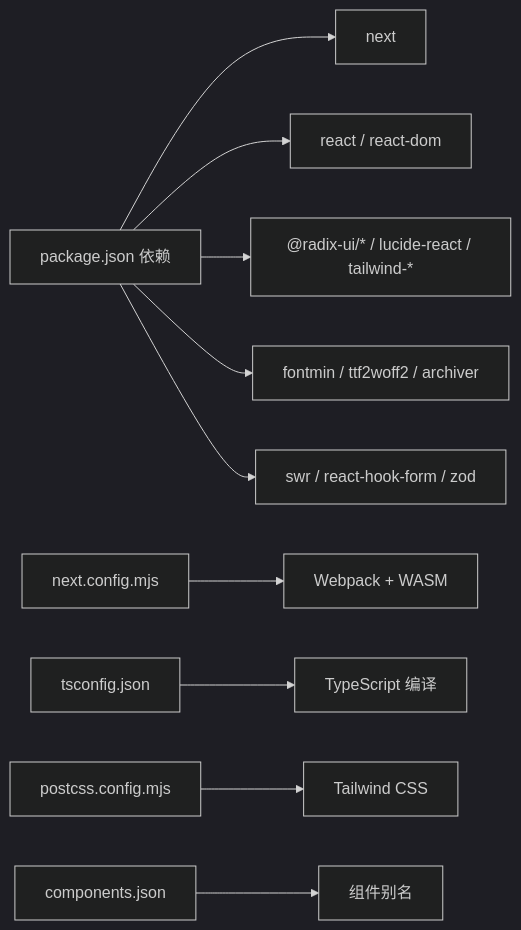
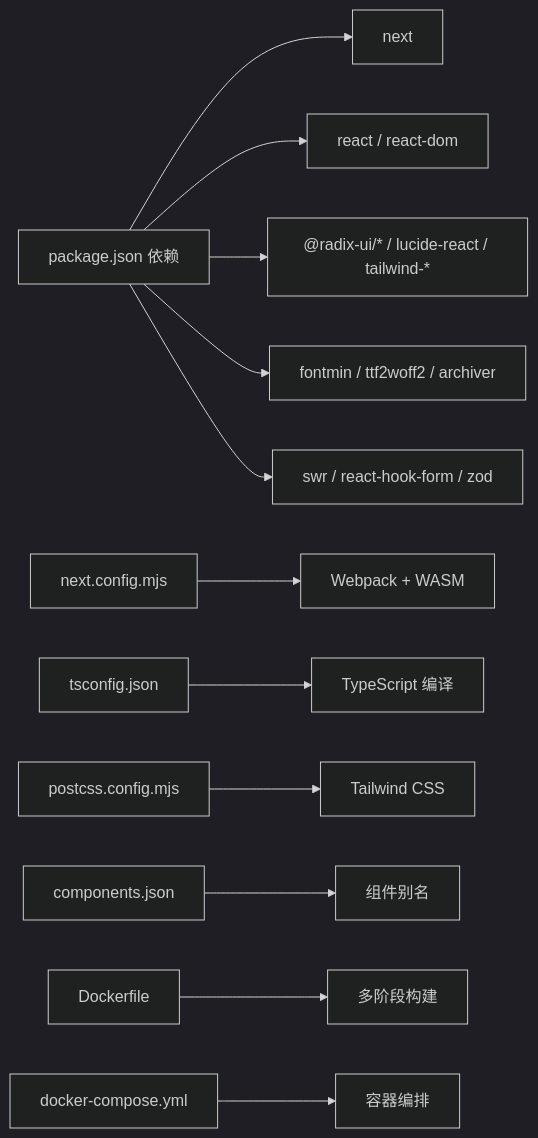
One commit to tutusiji/FontMinify changed the sixth of 6 diagrams in .qoder/repowiki/zh/content/快速开始.md. Above: the diagram before and after it, drawn with Mermaid (dark theme). The commit also changed other lines of this file and 12 other files, not shown here.

````diff
--- a/.qoder/repowiki/zh/content/快速开始.md
+++ b/.qoder/repowiki/zh/content/快速开始.md
@@ -230,12 +526,14 @@
 ```mermaid
 graph LR
 Pkg["package.json 依赖"] --> Next["next"]
 Pkg --> React["react / react-dom"]
 Pkg --> UI["@radix-ui/* / lucide-react / tailwind-*"]
 Pkg --> Tools["fontmin / ttf2woff2 / archiver"]
 Pkg --> Utils["swr / react-hook-form / zod"]
 Cfg1["next.config.mjs"] --> Webpack["Webpack + WASM"]
 Cfg2["tsconfig.json"] --> TS["TypeScript 编译"]
 Cfg3["postcss.config.mjs"] --> Tailwind["Tailwind CSS"]
 Cfg4["components.json"] --> Aliases["组件别名"]
+Docker["Dockerfile"] --> MultiStage["多阶段构建"]
+Compose["docker-compose.yml"] --> Container["容器编排"]
 ```
````
